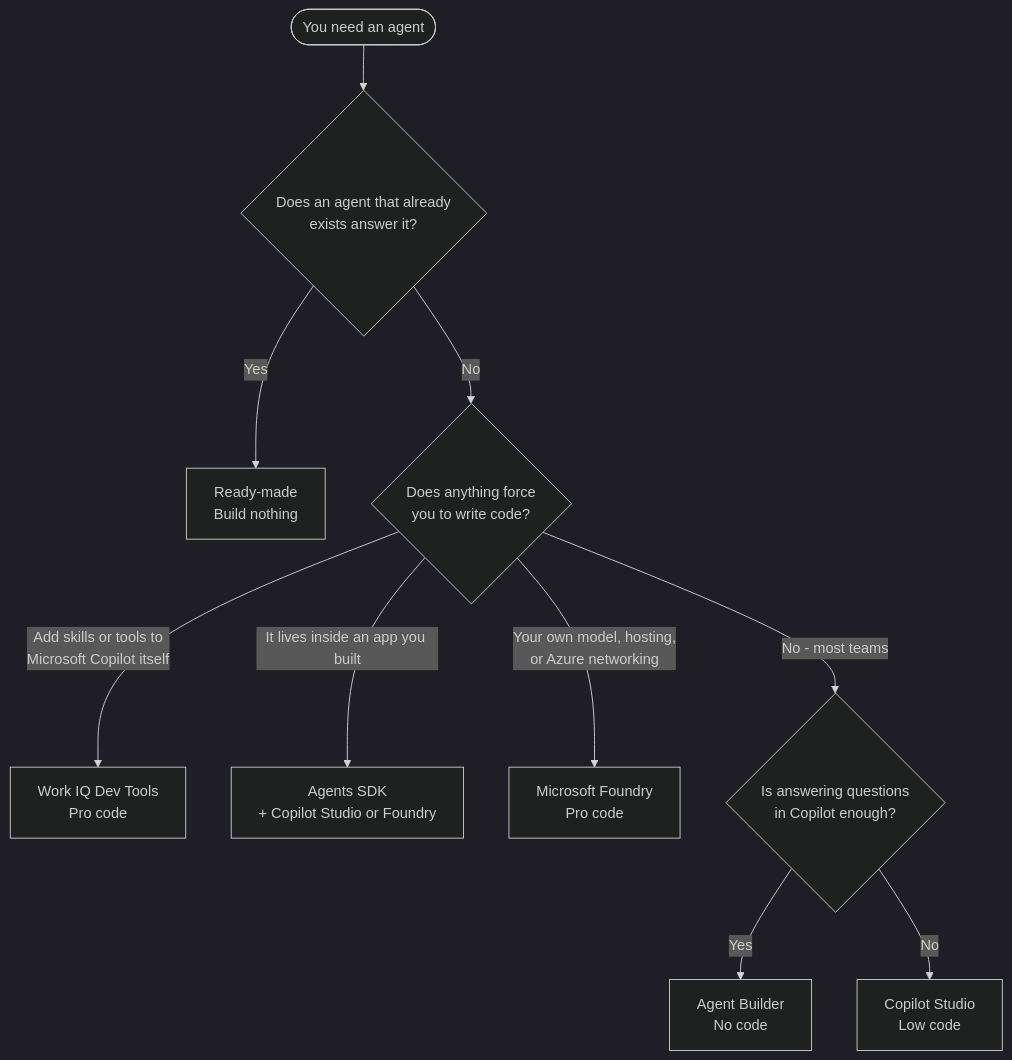
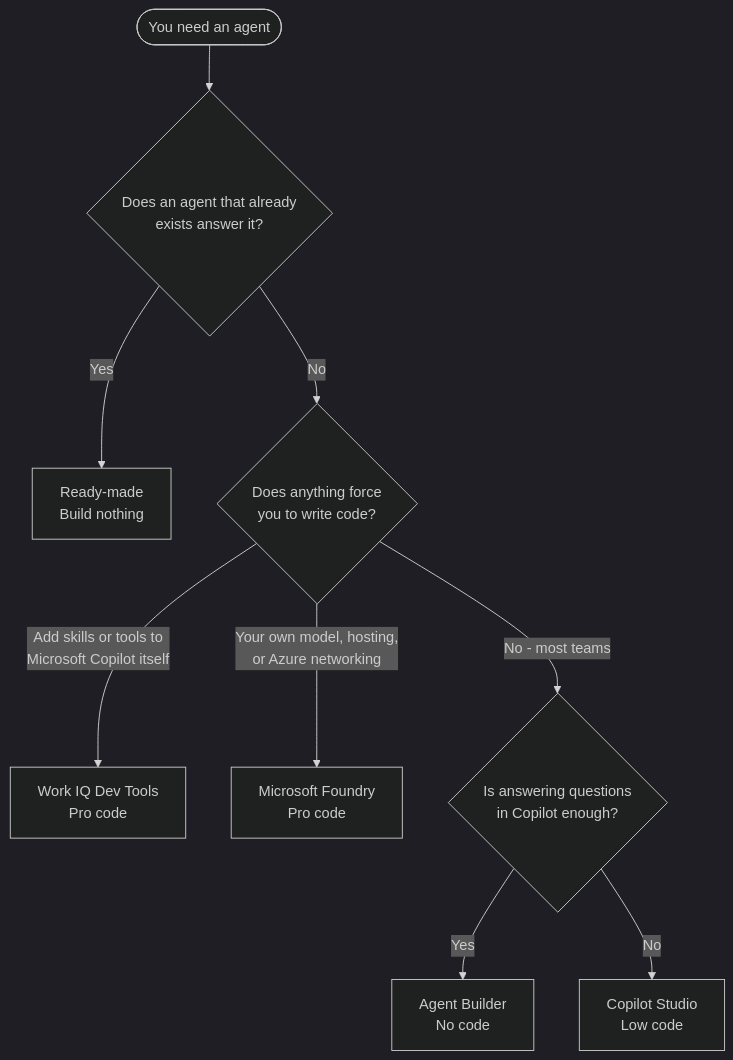
Before and after one commit to SSWConsulting/SSW.Rules.Content: the diagram in public/uploads/rules/ai-agent-platform/rule.mdx, drawn with Mermaid (dark theme).

Commit message:
Tree: drop the Agents SDK branch
An app you built doesn't force a different platform: Copilot Studio
publishes to custom websites and mobile apps, and the SDK only connects
an app to a Copilot Studio or Foundry agent. The table still explains it.

````diff
--- a/public/uploads/rules/ai-agent-platform/rule.mdx
+++ b/public/uploads/rules/ai-agent-platform/rule.mdx
@@ -48,12 +48,11 @@
 ```mermaid
 flowchart TD
     Start(["You need an agent"]) --> Q0{"Does an agent that already<br>exists answer it?"}
     Q0 -->|Yes| RM["Ready-made<br>Build nothing"]
     Q0 -->|No| Q1{"Does anything force<br>you to write code?"}
     Q1 -->|"Add skills or tools to<br>Microsoft Copilot itself"| TK["Work IQ Dev Tools<br>Pro code"]
-    Q1 -->|"It lives inside an app you built"| SDK["Agents SDK<br>+ Copilot Studio or Foundry"]
     Q1 -->|"Your own model, hosting,<br>or Azure networking"| FD["Microsoft Foundry<br>Pro code"]
     Q1 -->|"No - most teams"| Q2{"Is answering questions<br>in Copilot enough?"}
     Q2 -->|Yes| AB["Agent Builder<br>No code"]
     Q2 -->|No| CS["Copilot Studio<br>Low code"]
 ```
````
